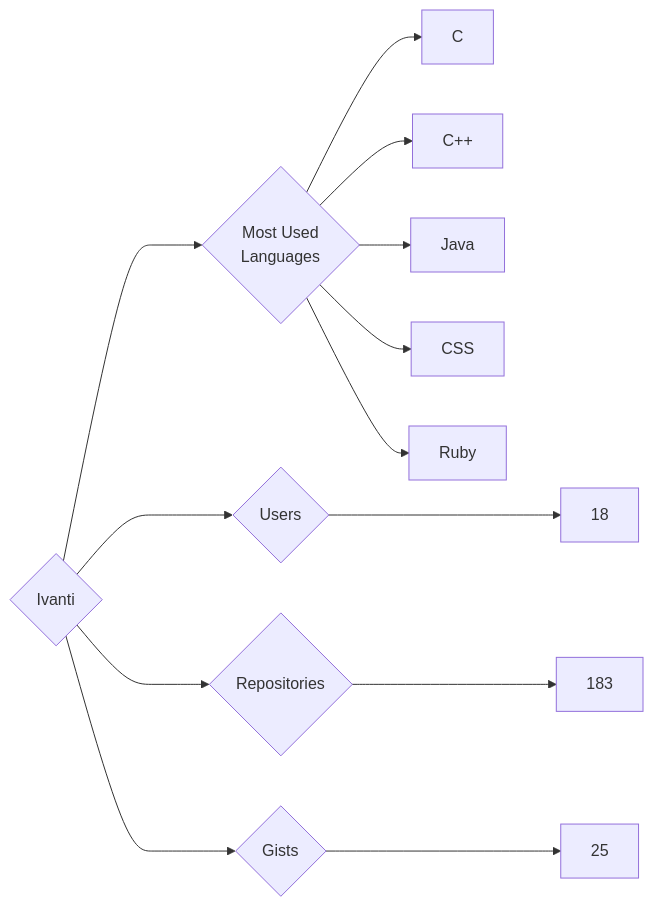
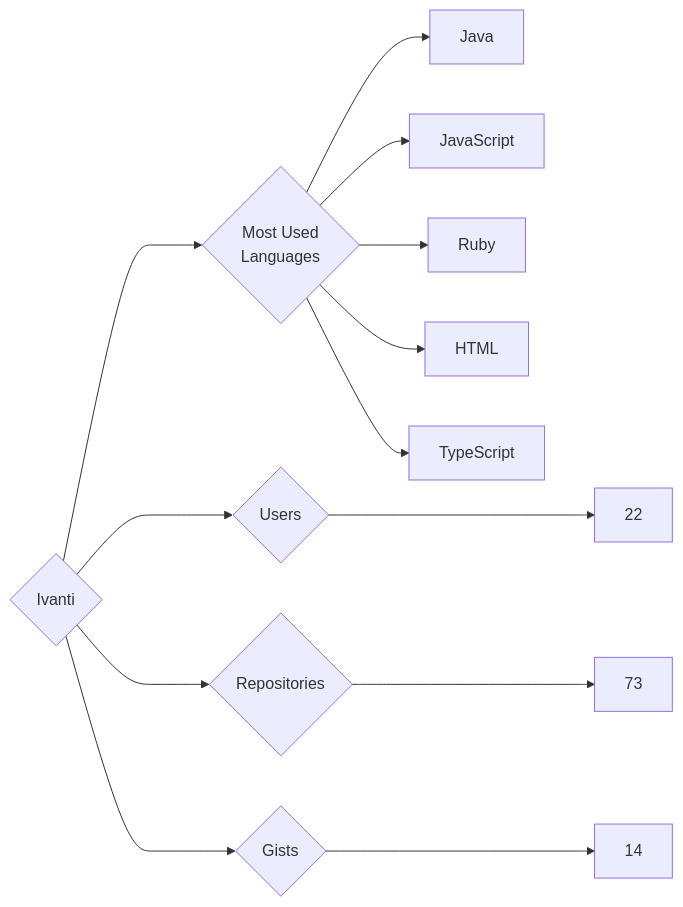
The diagram in targets/Ivanti/README.md (trickest/insiders), drawn with Mermaid before and after one commit. The commit also changed 809 other files, not shown here.

````diff
--- a/targets/Ivanti/README.md
+++ b/targets/Ivanti/README.md
@@ -3,13 +3,13 @@
 ```mermaid
 graph LR
 COMPANY_NAME{Ivanti}
-COMPANY_NAME ---> U{Users} ---> UN[18]
-COMPANY_NAME ---> R{Repositories} ---> RN[183]
-COMPANY_NAME ---> G{Gists} ---> GN[25]
+COMPANY_NAME ---> U{Users} ---> UN[22]
+COMPANY_NAME ---> R{Repositories} ---> RN[73]
+COMPANY_NAME ---> G{Gists} ---> GN[14]
 COMPANY_NAME ---> ML{Most Used<br>Languages}
-ML --> C[C]
-ML --> C++[C++]
 ML --> Java[Java]
-ML --> CSS[CSS]
+ML --> JavaScript[JavaScript]
 ML --> Ruby[Ruby]
+ML --> HTML[HTML]
+ML --> TypeScript[TypeScript]
 ```
````
